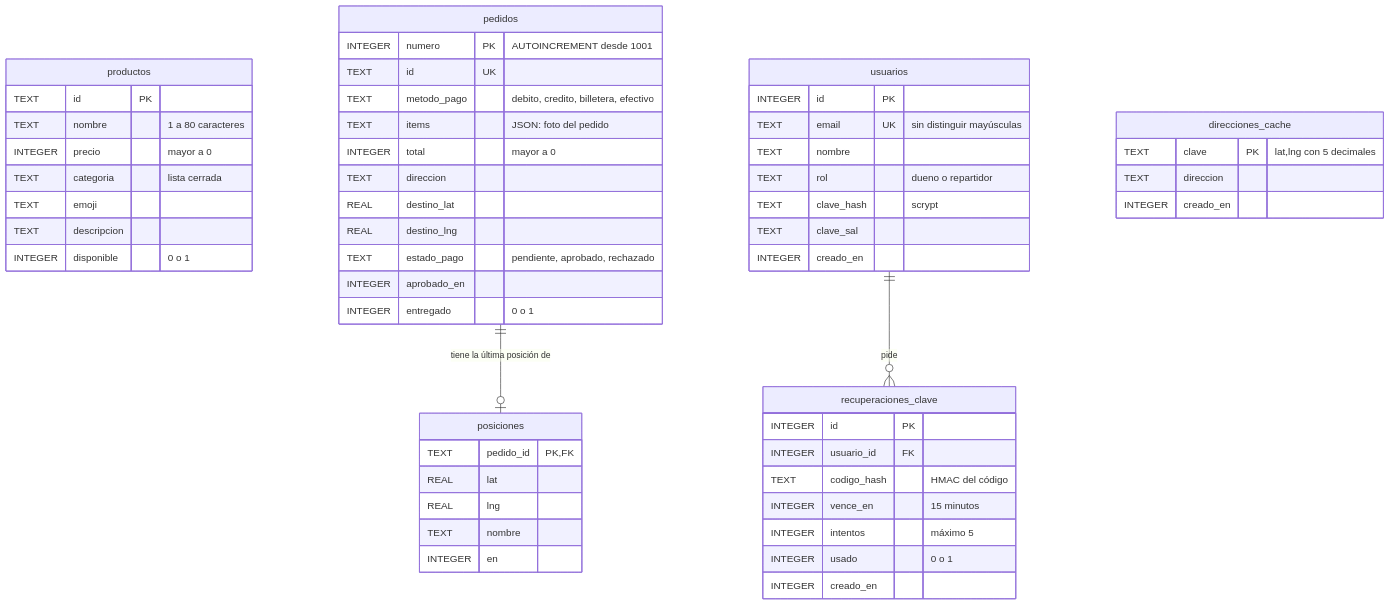
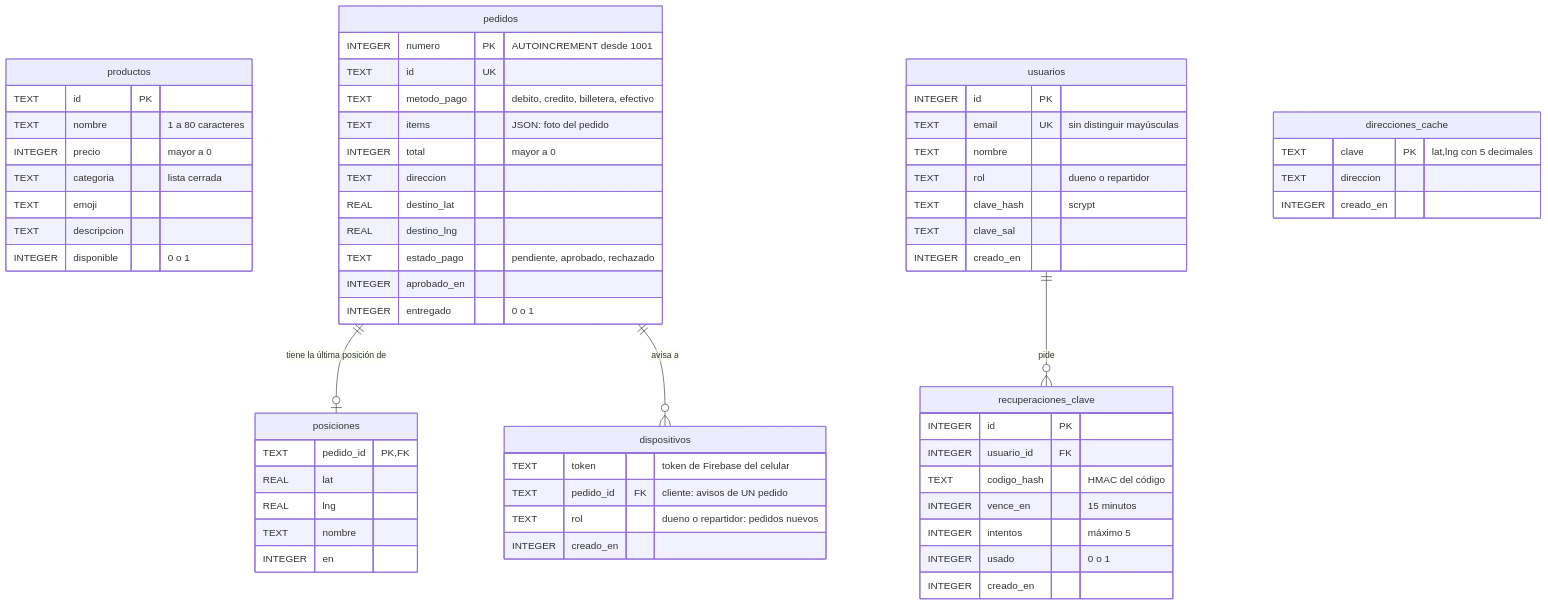
Before and after one commit to ZogeGBR/ProgAppCelu: the fifth of 6 diagrams in docs/ARQUITECTURA.md, drawn with Mermaid. The commit also changed other lines of this file and 65 other files, not shown here.

````diff
--- a/docs/ARQUITECTURA.md
+++ b/docs/ARQUITECTURA.md
@@ -346,58 +404,65 @@
 ```mermaid
 erDiagram
     productos {
       TEXT id PK
       TEXT nombre "1 a 80 caracteres"
       INTEGER precio "mayor a 0"
       TEXT categoria "lista cerrada"
       TEXT emoji
       TEXT descripcion
       INTEGER disponible "0 o 1"
     }
     pedidos {
       INTEGER numero PK "AUTOINCREMENT desde 1001"
       TEXT id UK
       TEXT metodo_pago "debito, credito, billetera, efectivo"
       TEXT items "JSON: foto del pedido"
       INTEGER total "mayor a 0"
       TEXT direccion
       REAL destino_lat
       REAL destino_lng
       TEXT estado_pago "pendiente, aprobado, rechazado"
       INTEGER aprobado_en
       INTEGER entregado "0 o 1"
     }
     posiciones {
       TEXT pedido_id PK,FK
       REAL lat
       REAL lng
       TEXT nombre
       INTEGER en
     }
     usuarios {
       INTEGER id PK
       TEXT email UK "sin distinguir mayúsculas"
       TEXT nombre
       TEXT rol "dueno o repartidor"
       TEXT clave_hash "scrypt"
       TEXT clave_sal
       INTEGER creado_en
     }
     recuperaciones_clave {
       INTEGER id PK
       INTEGER usuario_id FK
       TEXT codigo_hash "HMAC del código"
       INTEGER vence_en "15 minutos"
       INTEGER intentos "máximo 5"
       INTEGER usado "0 o 1"
       INTEGER creado_en
     }
     direcciones_cache {
       TEXT clave PK "lat,lng con 5 decimales"
       TEXT direccion
       INTEGER creado_en
     }
+    dispositivos {
+      TEXT token "token de Firebase del celular"
+      TEXT pedido_id FK "cliente: avisos de UN pedido"
+      TEXT rol "dueno o repartidor: pedidos nuevos"
+      INTEGER creado_en
+    }
 
     pedidos ||--o| posiciones : "tiene la última posición de"
     usuarios ||--o{ recuperaciones_clave : "pide"
+    pedidos ||--o{ dispositivos : "avisa a"
 ```
````
